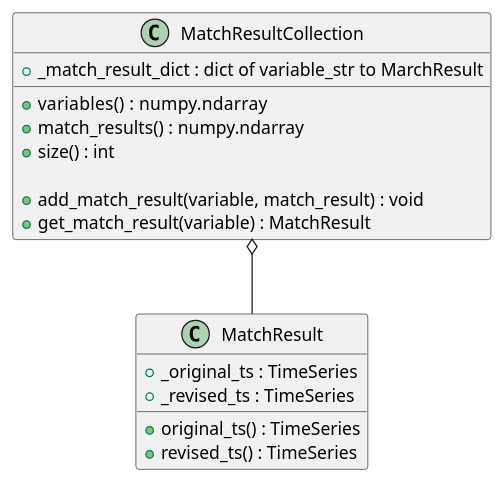
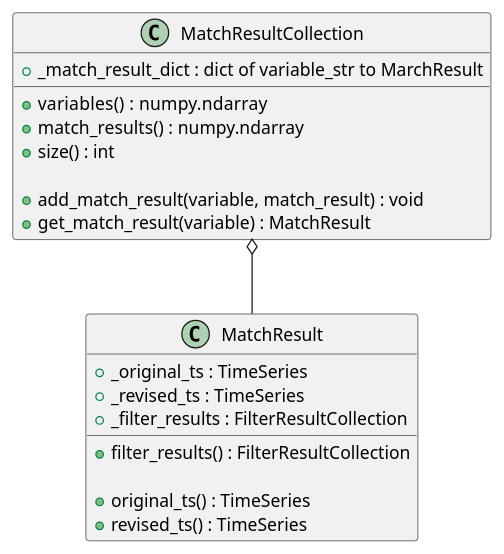
One commit to sys-bio/SBviper changed the diagram in Design/mr_mrc.puml. Above: the diagram before and after it, drawn with PlantUML. The commit also changed 4 other files, not shown here.

Commit message:
uml finished

```diff
--- a/Design/mr_mrc.puml
+++ b/Design/mr_mrc.puml
@@ -1,24 +1,27 @@
 @startuml
 
 MatchResultCollection o-- MatchResult
 
 'TimeSeries *-- SteadyState
 
 class MatchResultCollection {
     +_match_result_dict : dict of variable_str to MarchResult
     +variables() :  numpy.ndarray
     +match_results() : numpy.ndarray
     +size() : int
 
     +add_match_result(variable, match_result) : void
     +get_match_result(variable) : MatchResult
 }
 
 class MatchResult {
     +_original_ts : TimeSeries
     +_revised_ts : TimeSeries
+    +_filter_results : FilterResultCollection
+    +filter_results() : FilterResultCollection
+
     +original_ts() : TimeSeries
     +revised_ts() : TimeSeries
 }
 
 @enduml
```
